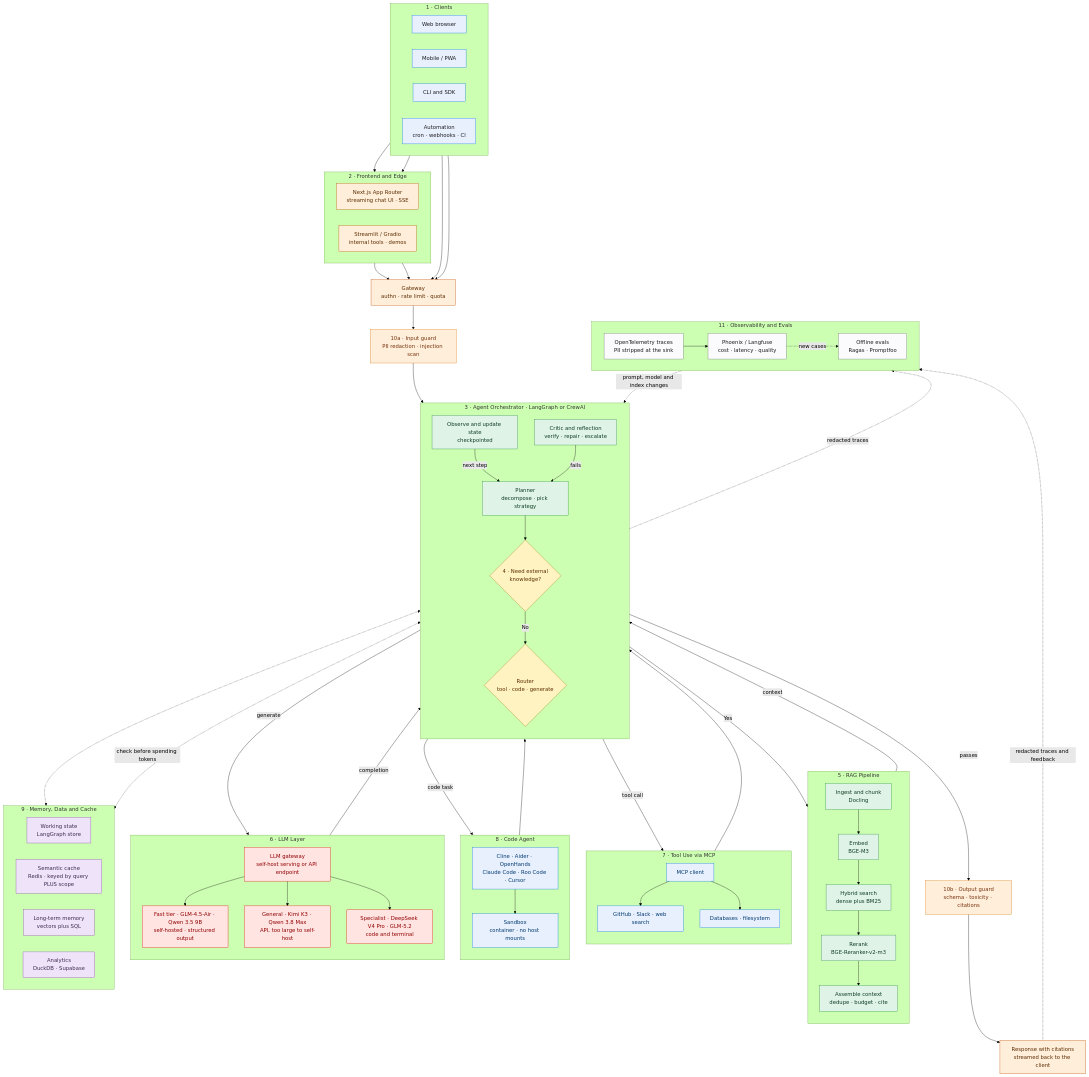
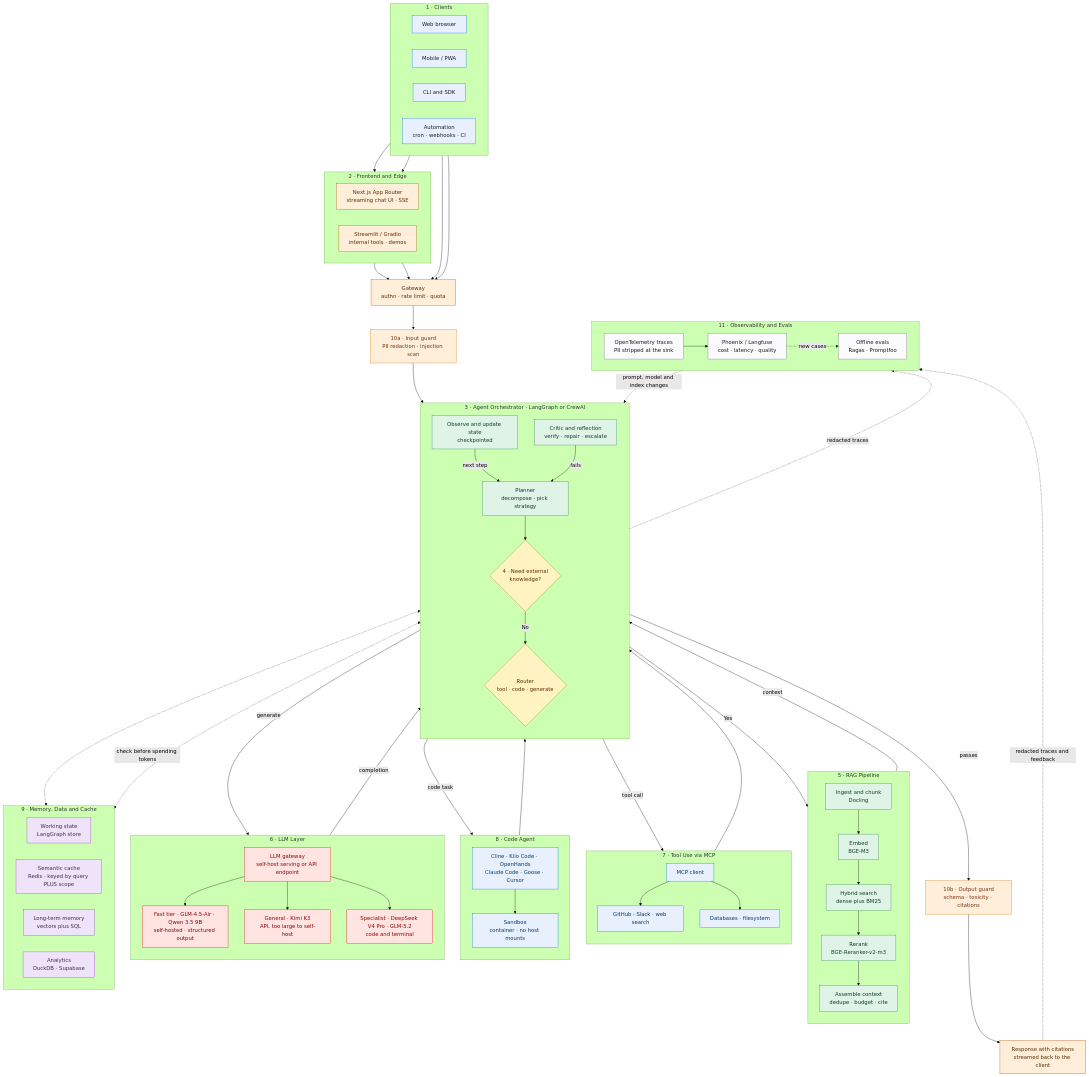
One commit to mlvpatel/open-weight-agent-stack changed the second of 18 diagrams in MANUAL.md. Above: the diagram before and after it, drawn with Mermaid (forest theme). The commit also changed other lines of this file and 15 other files, not shown here.

```diff
--- a/MANUAL.md
+++ b/MANUAL.md
@@ -261,7 +275,7 @@
 
     subgraph L8["8 · Code Agent"]
         direction TB
-        A0["Cline · Aider · OpenHands<br/>Claude Code · Roo Code · Cursor"]
+        A0["Cline · Kilo Code · OpenHands<br/>Claude Code · Goose · Cursor"]
         A1["Sandbox<br/>container · no host mounts"]
     end
 
@@ -269,7 +283,7 @@
         direction TB
         M0["LLM gateway<br/>self-host serving or API endpoint"]
         M1["Fast tier · GLM-4.5-Air · Qwen 3.5 9B<br/>self-hosted · structured output"]
-        M2["General · Kimi K3 · Qwen 3.8 Max<br/>API, too large to self-host"]
+        M2["General · Kimi K3<br/>API, too large to self-host"]
         M3["Specialist · DeepSeek V4 Pro · GLM-5.2<br/>code and terminal"]
     end
 
```
